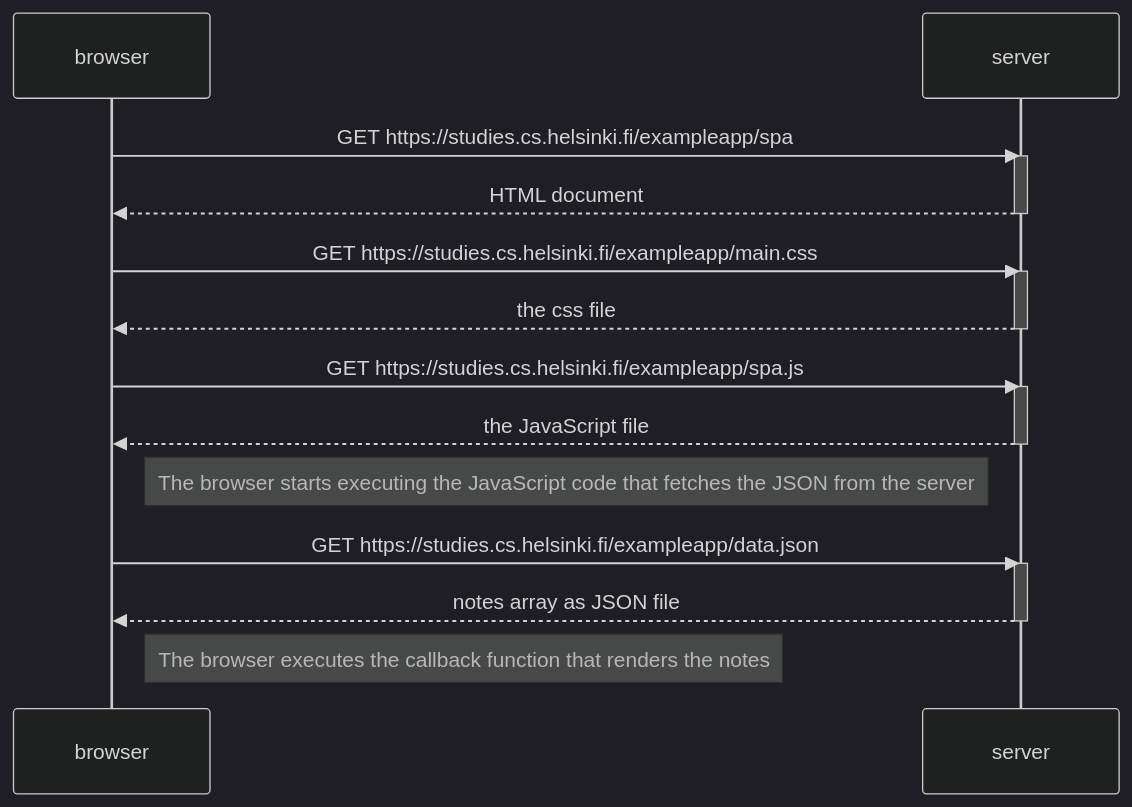
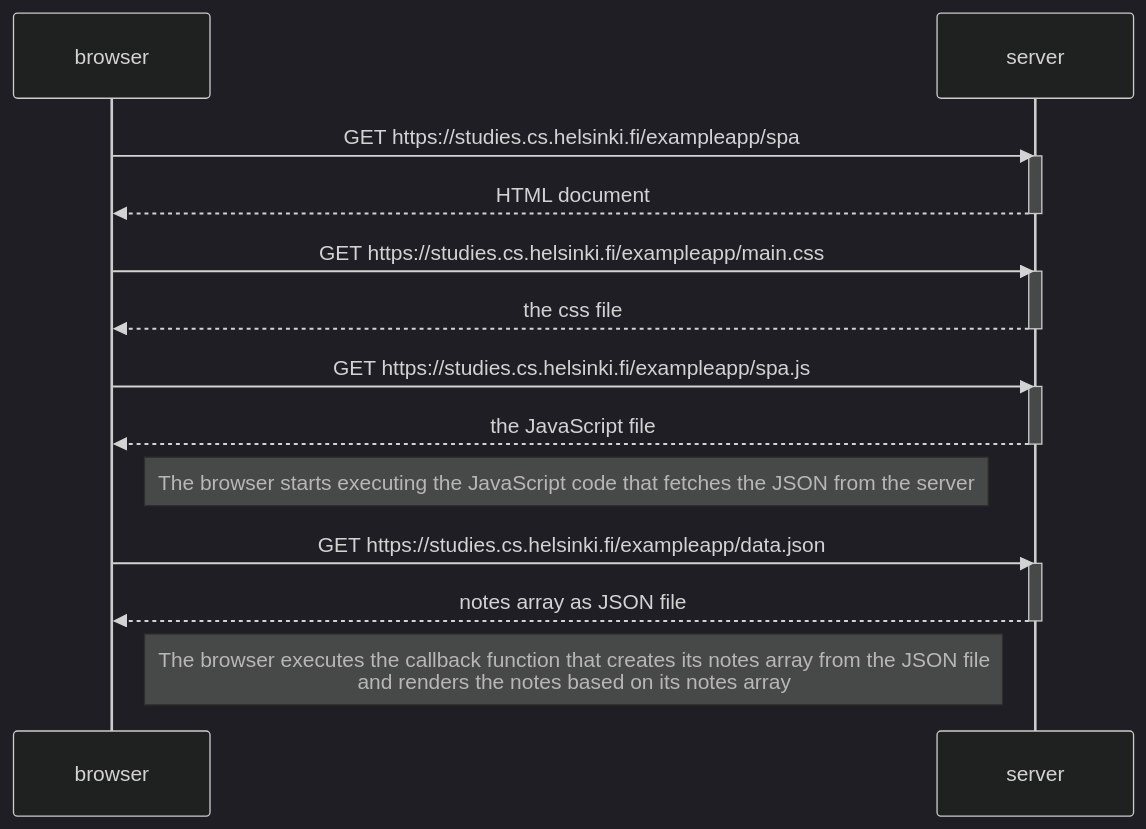
The diagram in ex0_5.md (thomastoumasu/fullstack), drawn with Mermaid (dark theme) before and after one commit.

````diff
--- a/ex0_5.md
+++ b/ex0_5.md
@@ -1,29 +1,29 @@
 ```mermaid
 sequenceDiagram
     participant browser
     participant server
 
     browser->>server: GET https://studies.cs.helsinki.fi/exampleapp/spa
     activate server
     server-->>browser: HTML document
     deactivate server
 
     browser->>server: GET https://studies.cs.helsinki.fi/exampleapp/main.css
     activate server
     server-->>browser: the css file
     deactivate server
 
     browser->>server: GET https://studies.cs.helsinki.fi/exampleapp/spa.js
     activate server
     server-->>browser: the JavaScript file
     deactivate server
 
     Note right of browser: The browser starts executing the JavaScript code that fetches the JSON from the server
 
     browser->>server: GET https://studies.cs.helsinki.fi/exampleapp/data.json
     activate server
     server-->>browser: notes array as JSON file
     deactivate server
 
-    Note right of browser: The browser executes the callback function that renders the notes
+    Note right of browser: The browser executes the callback function that creates its notes array from the JSON file <br/>and renders the notes based on its notes array
 ```
````
